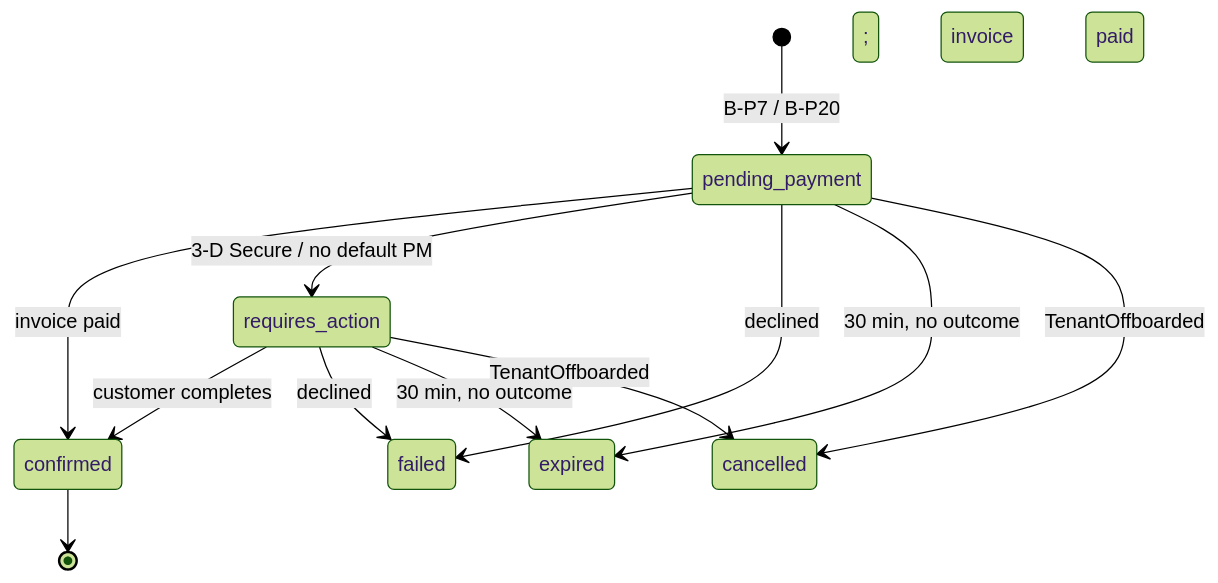
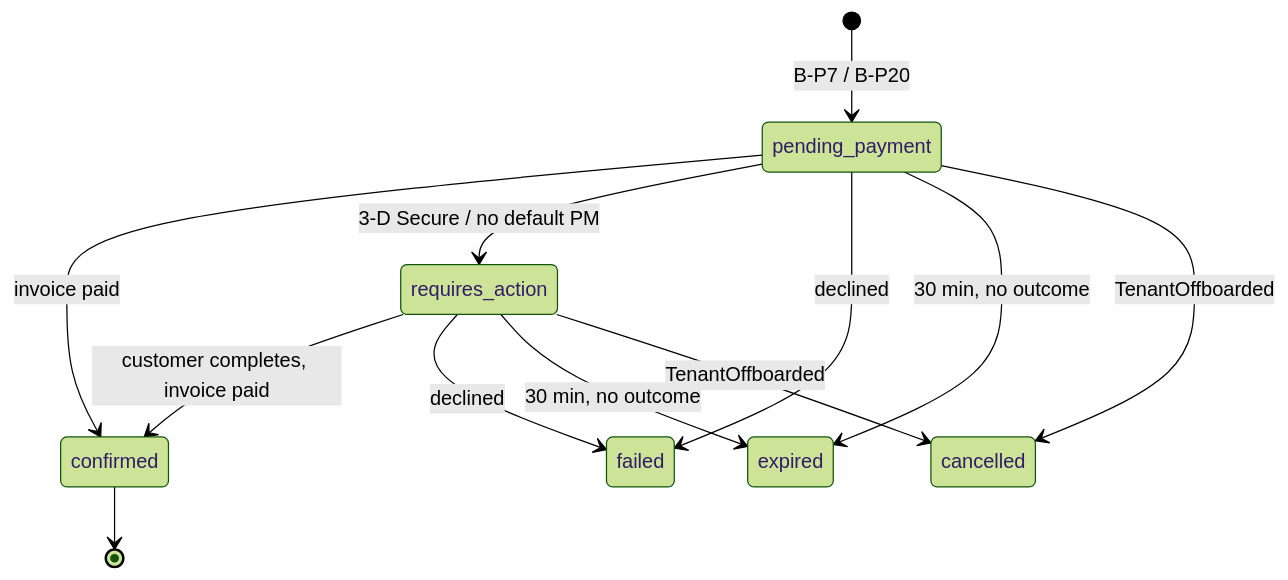
The eighth of 12 diagrams in docs/lld/commercial-lld-billing-service.md (BCBP-SOLUTIONS-FZC-LLC/commercial-billing-service), drawn with Mermaid (forest theme) before and after one commit. The commit also changed other lines of this file, not shown here.

Commit message:
docs: fix mermaid parse errors from semicolons in LLD diagram labels

````diff
--- a/docs/lld/commercial-lld-billing-service.md
+++ b/docs/lld/commercial-lld-billing-service.md
@@ -2536,14 +2536,14 @@
 ```mermaid
 stateDiagram-v2
     [*] --> pending_payment: B-P7 / B-P20
     pending_payment --> confirmed: invoice paid
     pending_payment --> requires_action: 3-D Secure / no default PM
-    requires_action --> confirmed: customer completes; invoice paid
+    requires_action --> confirmed: customer completes, invoice paid
     pending_payment --> failed: declined
     requires_action --> failed: declined
     pending_payment --> expired: 30 min, no outcome
     requires_action --> expired: 30 min, no outcome
     pending_payment --> cancelled: TenantOffboarded
     requires_action --> cancelled: TenantOffboarded
     confirmed --> [*]
 ```
````
